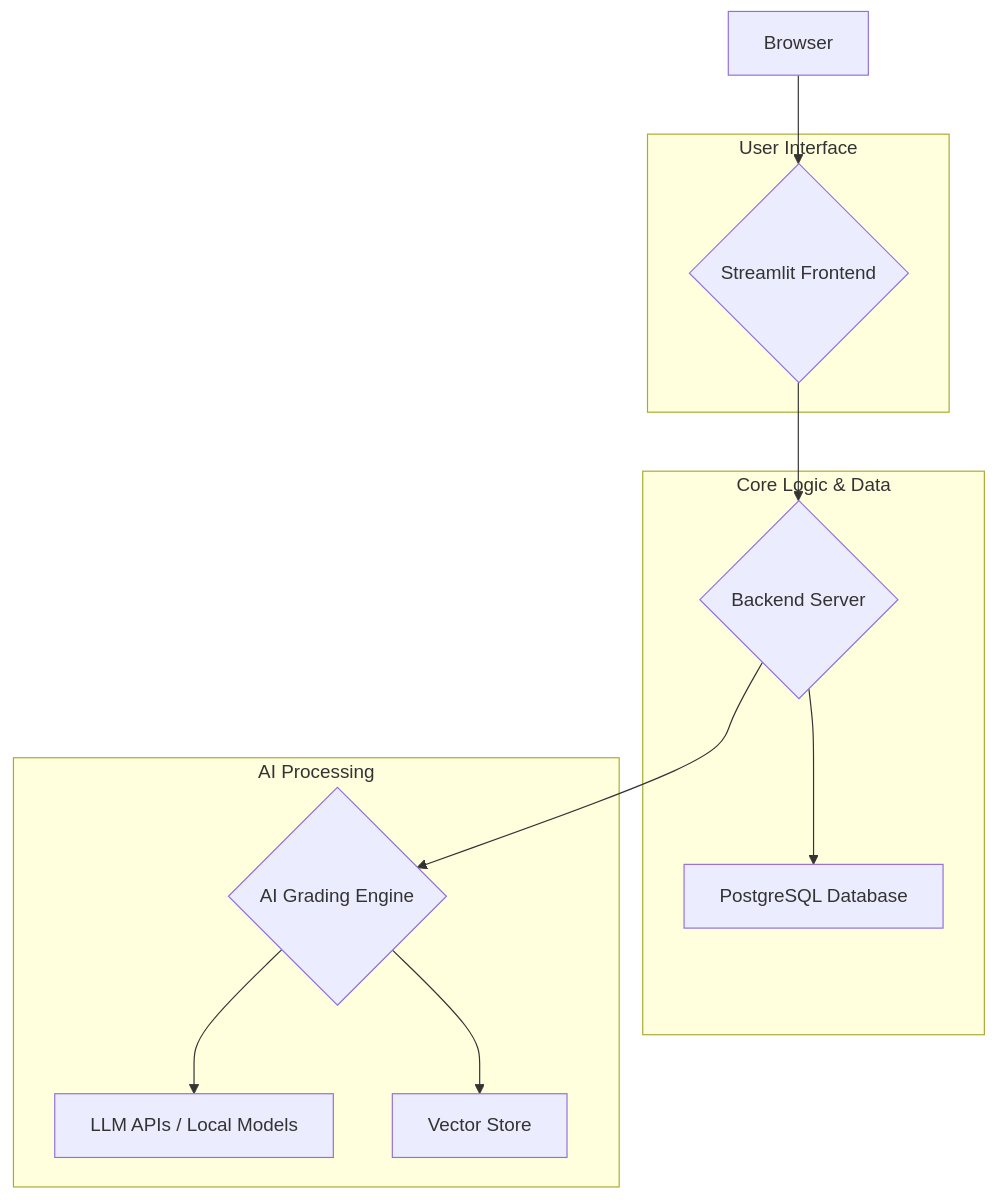
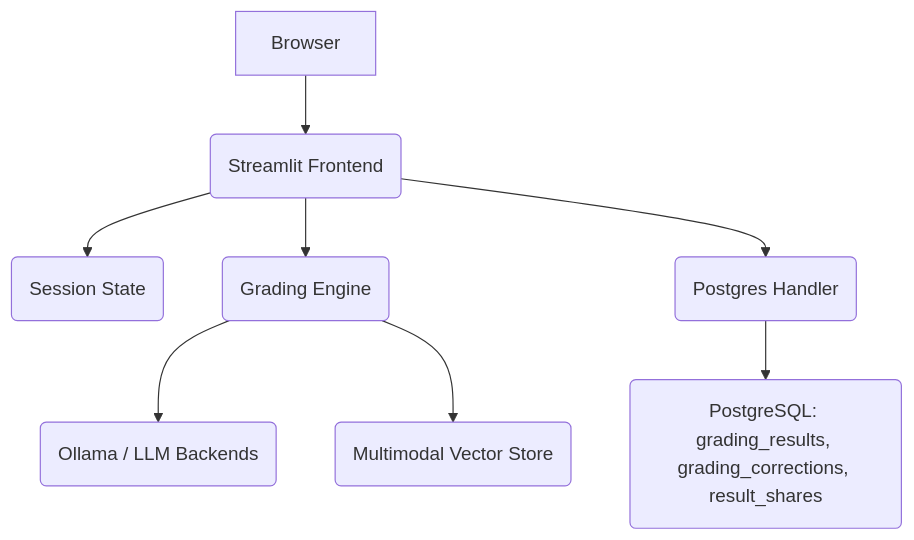
The diagram in project_docs/ARCHITECTURE.md (scriptedbyvedant/autograder_v2-main), drawn with Mermaid before and after one commit. The commit also changed other lines of this file and 6 other files, not shown here.

````diff
--- a/project_docs/ARCHITECTURE.md
+++ b/project_docs/ARCHITECTURE.md
@@ -12,24 +9,10 @@
 ```mermaid
 graph TD
-    A[Browser] --> B{Streamlit Frontend};
-    B --> C{Backend Server};
-    C --> D[PostgreSQL Database];
-    C --> E{AI Grading Engine};
-    E --> F[LLM APIs / Local Models];
-    E --> G[Vector Store];
-
-    subgraph User Interface
-        B
-    end
-
-    subgraph Core Logic & Data
-        C
-        D
-    end
-
-    subgraph AI Processing
-        E
-        F
-        G
-    end
+    A[Browser] --> B(Streamlit Frontend)
+    B --> C(Session State)
+    B --> D(Grading Engine)
+    D --> E(Ollama / LLM Backends)
+    D --> F(Multimodal Vector Store)
+    B --> G(Postgres Handler)
+    G --> H(PostgreSQL: grading_results, grading_corrections, result_shares)
 ```
````
